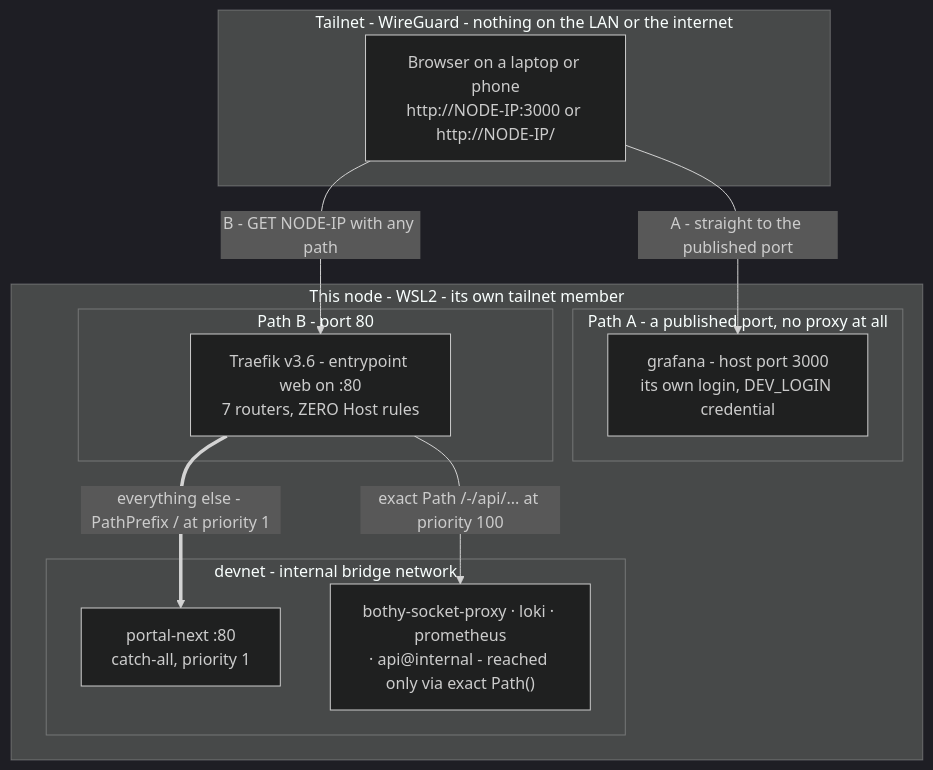
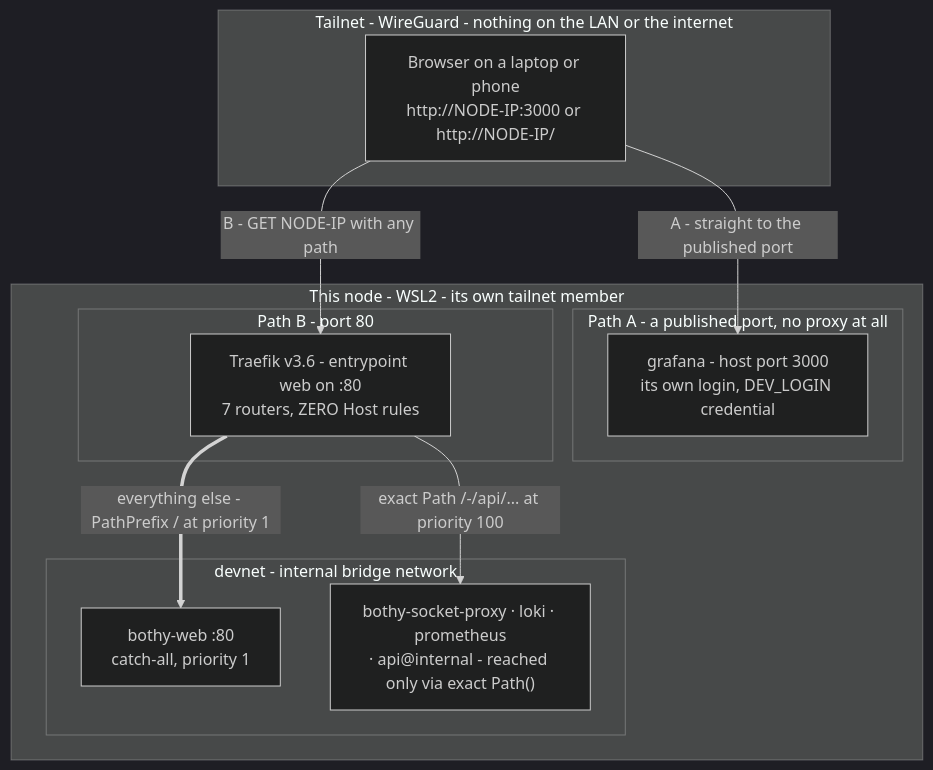
Before and after one commit to YehudaBriskman/Bothy: the diagram in docs/diagrams/request-path.mmd, drawn with Mermaid (dark theme). The commit also changed 330 other files, not shown here.

First line of the commit message:
rename: nothing is portal - portal-next/files/collector/api/prom become bothy-*

```diff
--- a/docs/diagrams/request-path.mmd
+++ b/docs/diagrams/request-path.mmd
@@ -1,24 +1,24 @@
 flowchart TB
     subgraph s_tailnet["Tailnet - WireGuard - nothing on the LAN or the internet"]
         BROWSER["Browser on a laptop or phone<br/>http://NODE-IP:3000 or http://NODE-IP/"]
     end
 
     subgraph s_box["This node - WSL2 - its own tailnet member"]
         subgraph s_direct["Path A - a published port, no proxy at all"]
             GRAF["grafana - host port 3000<br/>its own login, DEV_LOGIN credential"]
         end
 
         subgraph s_edge["Path B - port 80"]
             TRAEFIK["Traefik v3.6 - entrypoint web on :80<br/>7 routers, ZERO Host rules"]
         end
 
         subgraph s_devnet["devnet - internal bridge network"]
-            PNEXT["portal-next :80<br/>catch-all, priority 1"]
+            PNEXT["bothy-web :80<br/>catch-all, priority 1"]
             APIS["bothy-socket-proxy · loki · prometheus<br/>· api@internal - reached only via exact Path()"]
         end
     end
 
     BROWSER -->|"A - straight to the published port"| GRAF
     BROWSER -->|"B - GET NODE-IP with any path"| TRAEFIK
     TRAEFIK -->|"exact Path /-/api/... at priority 100"| APIS
     TRAEFIK ==>|"everything else - PathPrefix / at priority 1"| PNEXT
```
